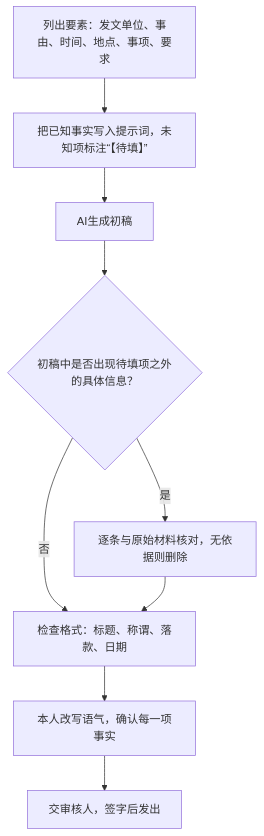
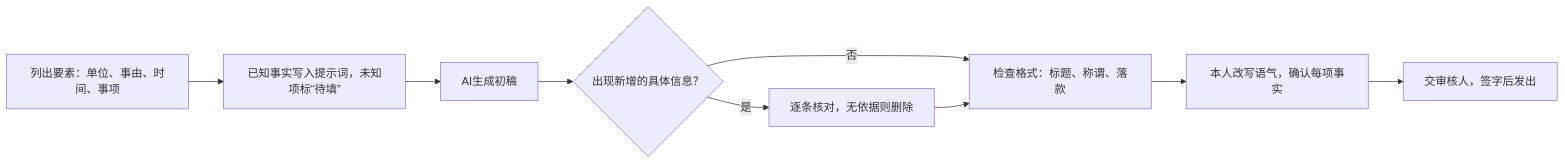
The diagram in 《AI工具实战应用》/章节图片/第3章/mermaid/04_公文起草流程.mmd (xuehui003-1/book), drawn with Mermaid before and after one commit. The commit also changed 18 other files, not shown here.

Commit message:
AI工具实战应用：修正第3章图片布局（横向流程、中文字体）、重新生成第3章docx；修正第2章核验难度象限图标题截断并更新样章v7/v8

```diff
--- a/《AI工具实战应用》/章节图片/第3章/mermaid/04_公文起草流程.mmd
+++ b/《AI工具实战应用》/章节图片/第3章/mermaid/04_公文起草流程.mmd
@@ -1,9 +1,9 @@
-flowchart TB
-  A["列出要素：发文单位、事由、时间、地点、事项、要求"] --> B["把已知事实写入提示词，未知项标注“【待填】”"]
+flowchart LR
+  A["列出要素：单位、事由、时间、事项"] --> B["已知事实写入提示词，未知项标“待填”"]
   B --> C["AI生成初稿"]
-  C --> D{"初稿中是否出现待填项之外的具体信息？"}
-  D -->|"是"| E["逐条与原始材料核对，无依据则删除"]
-  D -->|"否"| F["检查格式：标题、称谓、落款、日期"]
+  C --> D{"出现新增的具体信息？"}
+  D -->|"是"| E["逐条核对，无依据则删除"]
+  D -->|"否"| F["检查格式：标题、称谓、落款"]
   E --> F
-  F --> G["本人改写语气，确认每一项事实"]
+  F --> G["本人改写语气，确认每项事实"]
   G --> H["交审核人，签字后发出"]
```
